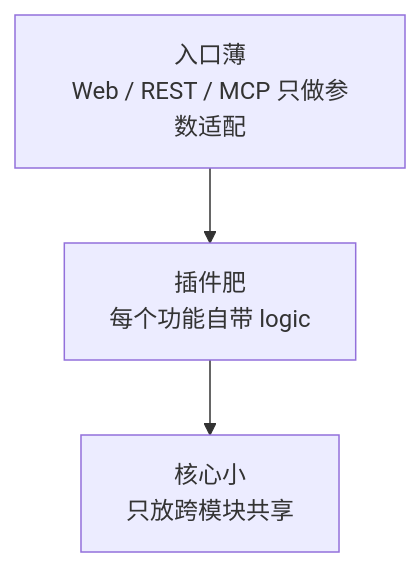
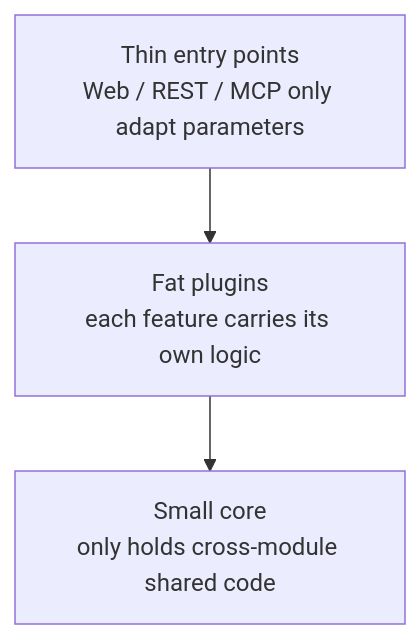
One commit to xbl2602/Averis-Monash-Hackathon-2026---Cat-on-Lime changed the diagram in docs/diagrams/plugin-concept.mmd. Above: the diagram before and after it, drawn with Mermaid. The commit also changed 161 other files, not shown here.

```diff
--- a/docs/diagrams/plugin-concept.mmd
+++ b/docs/diagrams/plugin-concept.mmd
@@ -1,8 +1,8 @@
-%% 源码：README Architecture 节"一切皆插件"概念图 + docs/diagrams/plugin-concept.png。
-%% 重渲染命令（仓库根目录）：npx -y @mermaid-js/mermaid-cli -i docs/diagrams/plugin-concept.mmd -o docs/diagrams/plugin-concept.png -c docs/diagrams/mermaid-config.json -b white -s 2
-%% 例证数字见 caption（config/mail/import/results/review/sandbox 六次新建文件夹接入）。
+%% Source: the README Architecture section "everything is a plugin" concept diagram + docs/diagrams/plugin-concept.png.
+%% Re-render command (from repo root): npx -y @mermaid-js/mermaid-cli -i docs/diagrams/plugin-concept.mmd -o docs/diagrams/plugin-concept.png -c docs/diagrams/mermaid-config.json -b white -s 2
+%% See the caption for supporting numbers (six new folders added for config/mail/import/results/review/sandbox).
 flowchart TB
-    T["入口薄<br/>Web / REST / MCP 只做参数适配"]
-    F["插件肥<br/>每个功能自带 logic"]
-    S["核心小<br/>只放跨模块共享"]
+    T["Thin entry points<br/>Web / REST / MCP only adapt parameters"]
+    F["Fat plugins<br/>each feature carries its own logic"]
+    S["Small core<br/>only holds cross-module shared code"]
     T --> F --> S
```
